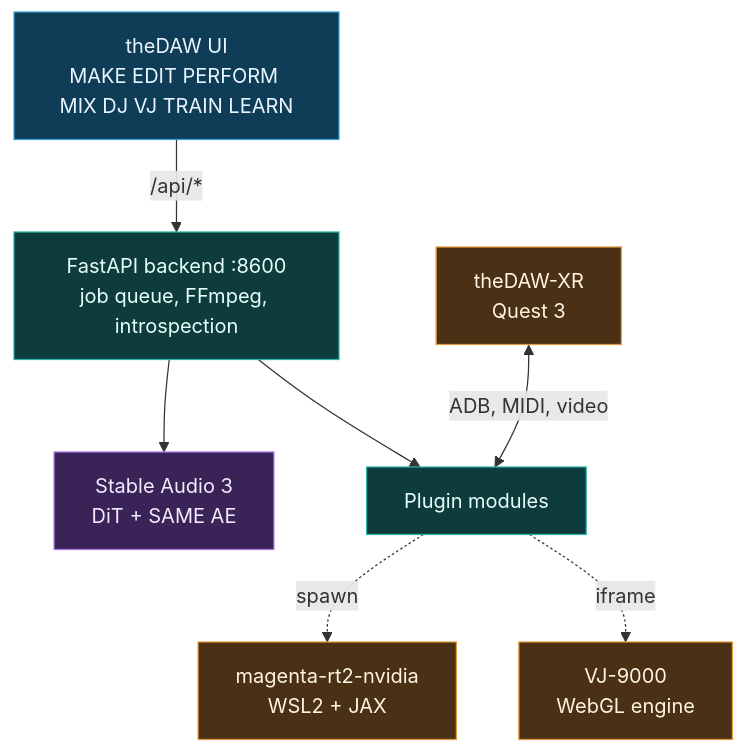
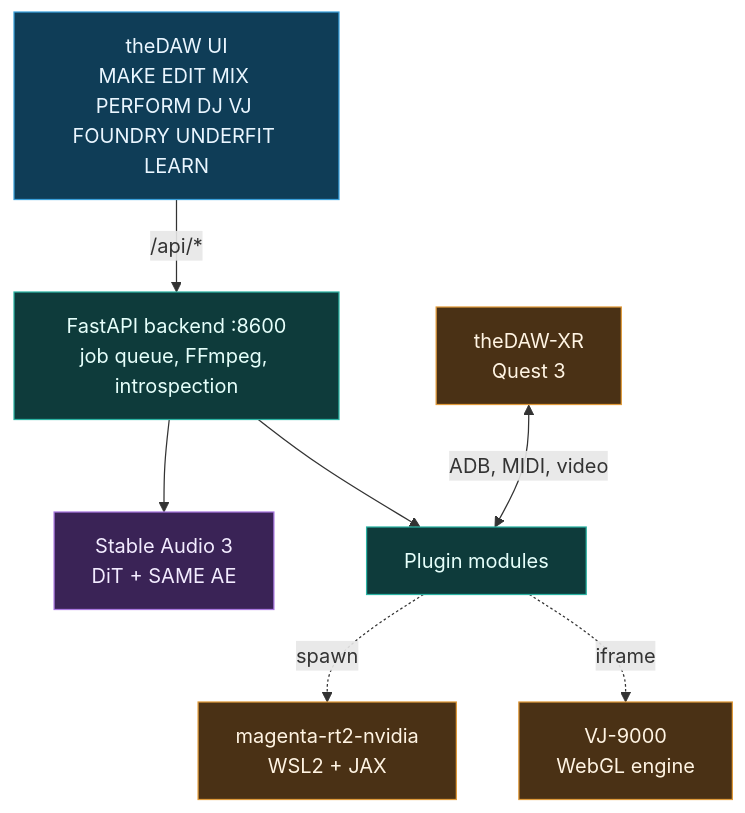
Before and after one commit to danieljtrujillo/theDAW: the first of 3 diagrams in README.md, drawn with Mermaid. The commit also changed other lines of this file and 38 other files, not shown here.

````diff
--- a/README.md
+++ b/README.md
@@ -84,20 +92,20 @@
 ```mermaid
 flowchart TD
-  UI["theDAW UI<br/>MAKE EDIT PERFORM MIX DJ VJ TRAIN LEARN"]:::in
+  UI["theDAW UI<br/>MAKE EDIT MIX PERFORM DJ VJ FOUNDRY UNDERFIT LEARN"]:::in
   API["FastAPI backend :8600<br/>job queue, FFmpeg, introspection"]:::proc
   SA3["Stable Audio 3<br/>DiT + SAME AE"]:::eng
   MODS["Plugin modules"]:::proc
   MRT2["magenta-rt2-nvidia<br/>WSL2 + JAX"]:::side
   VJ["VJ-9000<br/>WebGL engine"]:::side
   XR["theDAW-XR<br/>Quest 3"]:::side
   UI -->|/api/*| API
   API --> SA3
   API --> MODS
   MODS -. spawn .-> MRT2
   MODS -. iframe .-> VJ
   XR <-->|ADB, MIDI, video| MODS
   classDef in fill:#0f3d57,stroke:#3aa0db,color:#eaf6ff;
   classDef eng fill:#3a2356,stroke:#a877e0,color:#f3ecff;
   classDef proc fill:#0e3b3b,stroke:#2bb3a3,color:#e6fffb;
   classDef side fill:#4a3115,stroke:#e09a3a,color:#fff4e3;
 ```
````
